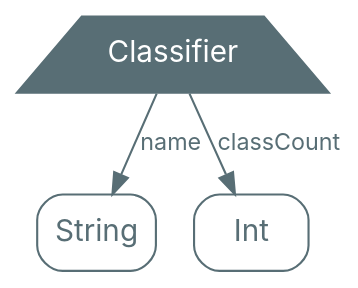
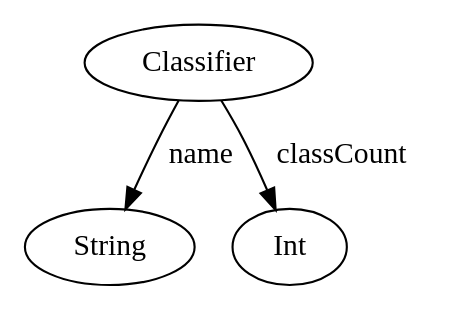
Before and after one commit to nrinaudo/optics-from-the-ground-up: the diagram in src/graphviz/classifier.dot, drawn with Graphviz. The commit also changed 24 other files, not shown here.

Commit message:
Rework diagrams to use stylesheets

```diff
--- a/src/graphviz/classifier.dot
+++ b/src/graphviz/classifier.dot
@@ -1,17 +1,8 @@
 digraph {
-    bgcolor=transparent
-
-    // Default theme
-    node[shape="rectangle" style="rounded,filled" color="#586E75" fillcolor="#ffffff" fontcolor="#586E75" fontname="Inter,Arial"]
-    edge[color="#586E75" fontcolor="#586E75" fontname="Inter,Arial" fontsize=11]
-
-    // product types
-    classifier[shape=trapezium style=filled fontcolor="#FFFFFF" fillcolor="#586E75"]
-
-    classifier[label=Classifier]
-    classifier_name[label=String shape=box]
-    classifier_classCount[label=Int shape=box]
+    classifier[label=Classifier class="product"]
+    classifier_name[label=String]
+    classifier_classCount[label=Int]
 
     classifier -> classifier_name[label=name]
     classifier -> classifier_classCount[label=classCount]
 }
```
